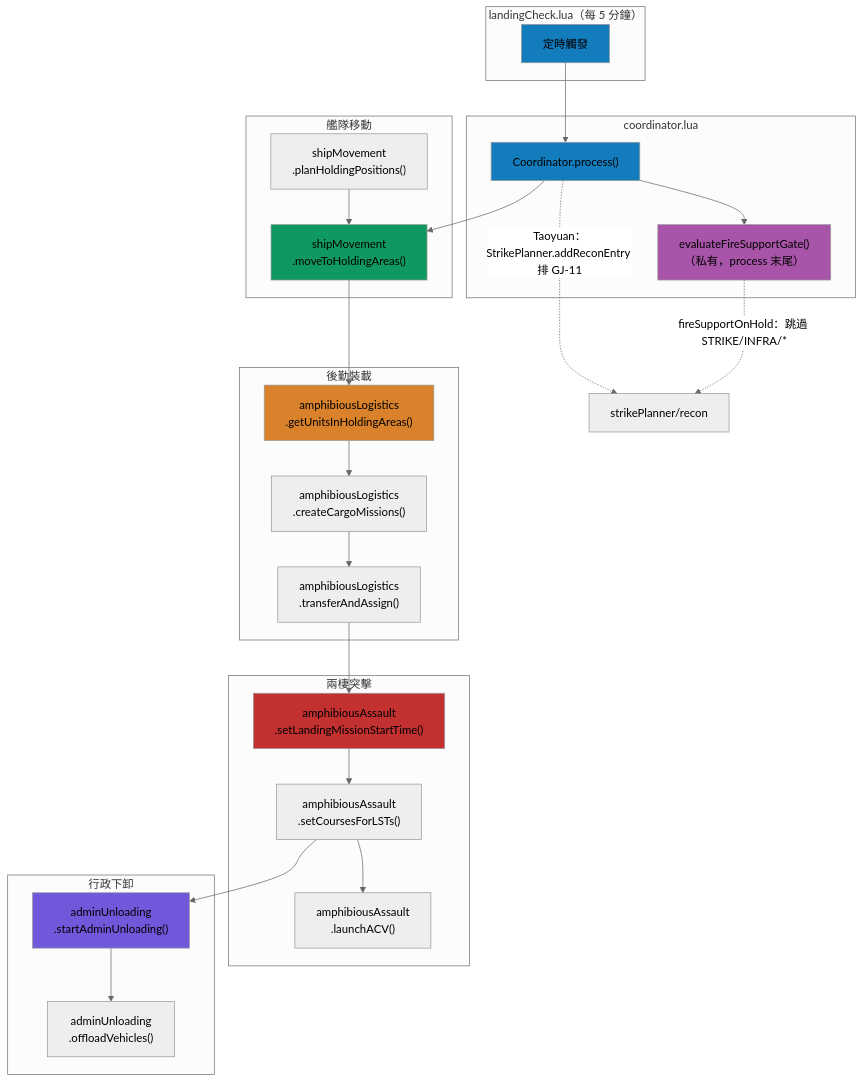
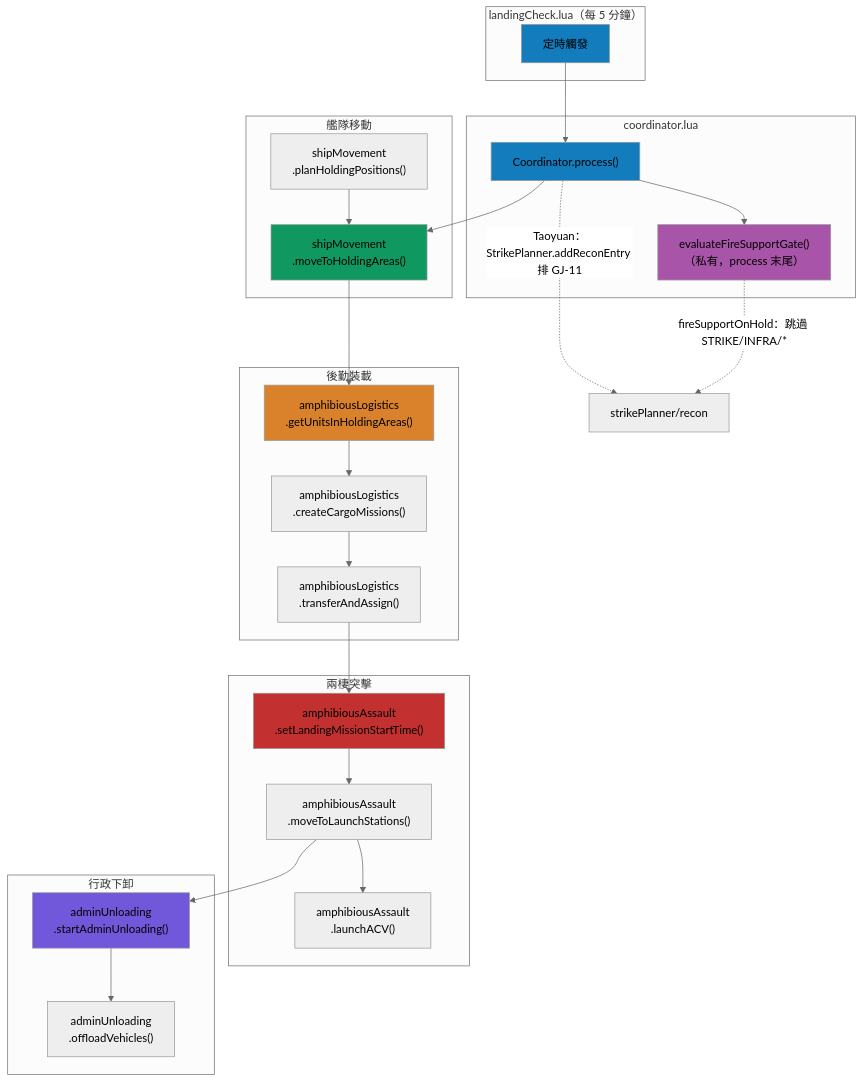
The first of 3 diagrams in docs/landingOps/README.md (pullupjumper/formosa-in-flames), drawn with Mermaid (neutral theme) before and after one commit. The commit also changed 9 other files, not shown here.

First line of the commit message:
feat(landingOps): move LSTs to launch stations 2-4 nm offshore

````diff
--- a/docs/landingOps/README.md
+++ b/docs/landingOps/README.md
@@ -63,53 +63,53 @@
 ```mermaid
 flowchart TB
     subgraph 觸發器["landingCheck.lua（每 5 分鐘）"]
         TRIGGER[定時觸發]
     end
 
     subgraph 編排層["coordinator.lua"]
         COORD["Coordinator.process()"]
         GATE["evaluateFireSupportGate()<br>（私有，process 末尾）"]
     end
 
     subgraph 階段一["艦隊移動"]
         SM["shipMovement<br>.moveToHoldingAreas()"]
         CALC["shipMovement<br>.planHoldingPositions()"]
     end
 
     subgraph 階段二["後勤裝載"]
         AL_GET["amphibiousLogistics<br>.getUnitsInHoldingAreas()"]
         AL_CREATE["amphibiousLogistics<br>.createCargoMissions()"]
         AL_TRANSFER["amphibiousLogistics<br>.transferAndAssign()"]
     end
 
     subgraph 階段三["兩棲突擊"]
         AA_TIME["amphibiousAssault<br>.setLandingMissionStartTime()"]
-        AA_COURSE["amphibiousAssault<br>.setCoursesForLSTs()"]
+        AA_COURSE["amphibiousAssault<br>.moveToLaunchStations()"]
         AA_ACV["amphibiousAssault<br>.launchACV()"]
     end
 
     subgraph 階段四["行政下卸"]
         SW_START["adminUnloading<br>.startAdminUnloading()"]
         SW_OFFLOAD["adminUnloading<br>.offloadVehicles()"]
     end
 
     TRIGGER --> COORD
     COORD --> SM
     CALC --> SM
     SM --> AL_GET
     AL_GET --> AL_CREATE --> AL_TRANSFER
     AL_TRANSFER --> AA_TIME --> AA_COURSE
     AA_COURSE --> AA_ACV
     AA_COURSE --> SW_START --> SW_OFFLOAD
     COORD --> GATE
     COORD -.->|Taoyuan：StrikePlanner.addReconEntry 排 GJ-11| RECON["strikePlanner/recon"]
     GATE -.->|fireSupportOnHold：跳過 STRIKE/INFRA/*| RECON
 
     style TRIGGER fill:#137cbd
     style COORD fill:#137cbd
     style GATE fill:#a854a8
     style SM fill:#0f9960
     style AL_GET fill:#d9822b
     style AA_TIME fill:#c23030
     style SW_START fill:#7157d9
 ```
````
